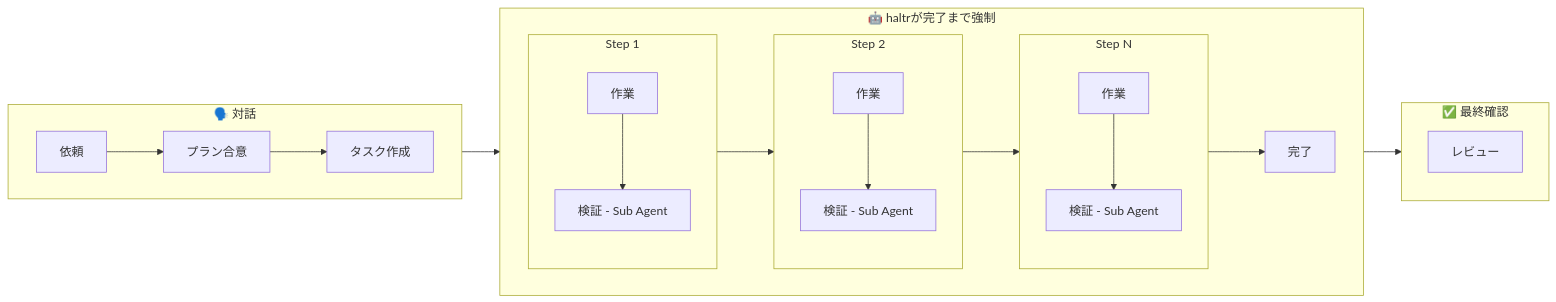
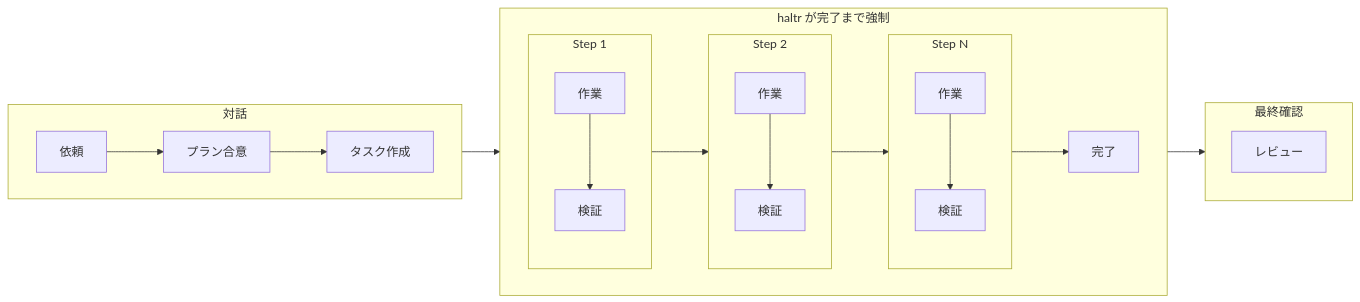
One commit to shunyooo/haltr changed the diagram in README.ja.md. Above: the diagram before and after it, drawn with Mermaid. The commit also changed other lines of this file and 6 other files, not shown here.

````diff
--- a/README.ja.md
+++ b/README.ja.md
@@ -68,26 +68,26 @@
 ```mermaid
 flowchart LR
-    subgraph 対話["🗣️ 対話"]
+    subgraph 対話["対話"]
         direction LR
         U1[依頼] --> U2[プラン合意] --> A1[タスク作成]
     end
-    subgraph 自律["🤖 haltrが完了まで強制"]
+    subgraph 自律["haltr が完了まで強制"]
         direction LR
         S1 --> S2
         S2 --> SN
         SN --> END[完了]
         subgraph S1[Step 1]
-            W1[作業] --> V1[検証 - Sub Agent]
+            W1[作業] --> V1[検証]
         end
         subgraph S2[Step 2]
-            W2[作業] --> V2[検証 - Sub Agent]
+            W2[作業] --> V2[検証]
         end
         subgraph SN[Step N]
-            WN[作業] --> VN[検証 - Sub Agent]
+            WN[作業] --> VN[検証]
         end
     end
-    subgraph 確認["✅ 最終確認"]
+    subgraph 確認["最終確認"]
         U3[レビュー]
     end
     対話 --> 自律 --> 確認
 ```
````
